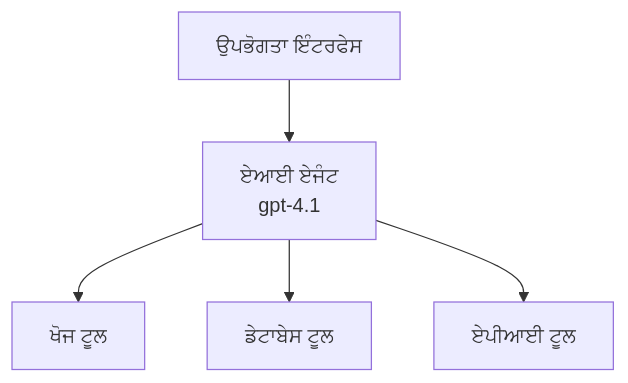
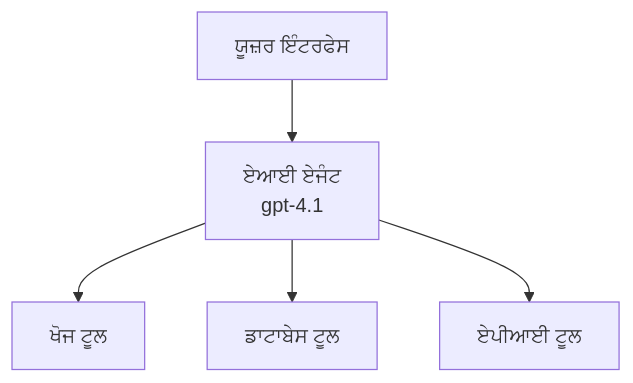
Before and after one commit to microsoft/AZD-for-beginners: the first of 3 diagrams in translations/pa/docs/chapter-02-ai-development/agents.md, drawn with Mermaid. The commit also changed other lines of this file and 101 other files, not shown here.

````diff
--- a/translations/pa/docs/chapter-02-ai-development/agents.md
+++ b/translations/pa/docs/chapter-02-ai-development/agents.md
@@ -152,7 +157,7 @@
 ```mermaid
 graph TD
-    UI[ਉਪਭੋਗਤਾ ਇੰਟਰਫੇਸ] --> Agent[ਏਆਈ ਏਜੰਟ<br/>gpt-4.1]
+    UI[ਯੂਜ਼ਰ ਇੰਟਰਫੇਸ] --> Agent[ਏਆਈ ਏਜੰਟ<br/>gpt-4.1]
     Agent --> Search[ਖੋਜ ਟੂਲ]
-    Agent --> Database[ਡੇਟਾਬੇਸ ਟੂਲ]
+    Agent --> Database[ਡਾਟਾਬੇਸ ਟੂਲ]
     Agent --> API[ਏਪੀਆਈ ਟੂਲ]
 ```
````
